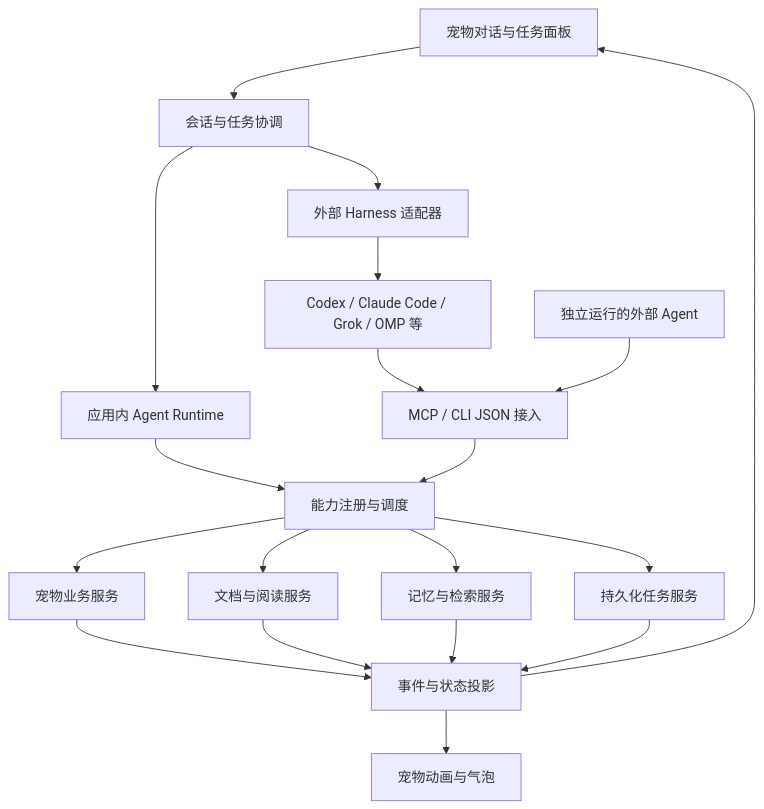
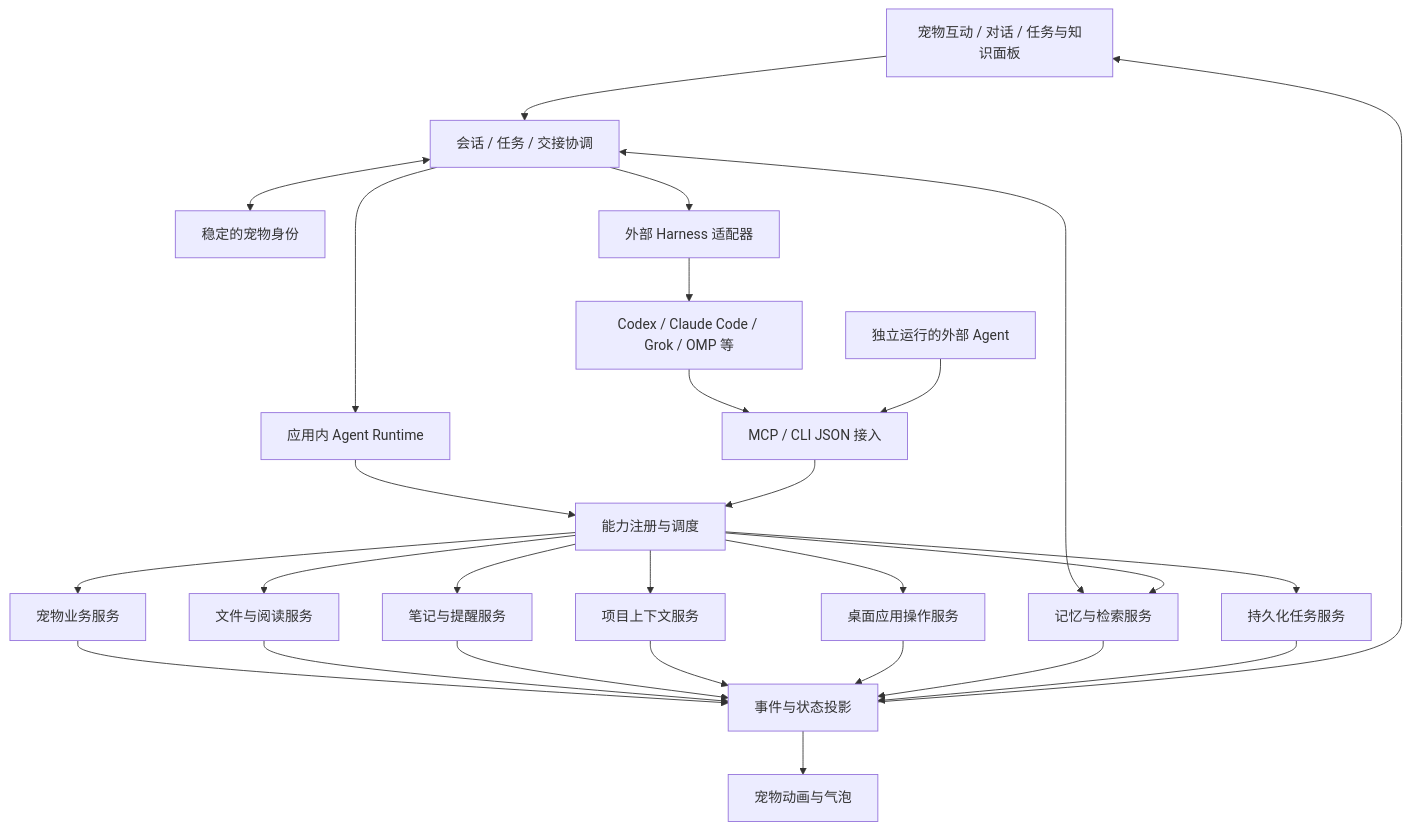
The diagram in docs/agent-refactor-assessment.md (YYHCOPPOLO/petling), drawn with Mermaid before and after one commit. The commit also changed other lines of this file and 4410 other files, not shown here.

Commit message:
chore: prune unused assets and document agent roadmap

````diff
--- a/docs/agent-refactor-assessment.md
+++ b/docs/agent-refactor-assessment.md
@@ -41,21 +51,29 @@
 ```mermaid
 flowchart TB
-    UI[宠物对话与任务面板] --> C[会话与任务协调]
+    UI[宠物互动 / 对话 / 任务与知识面板] --> C[会话 / 任务 / 交接协调]
+    C <--> N[稳定的宠物身份]
+    C <--> K[记忆与检索服务]
     C --> I[应用内 Agent Runtime]
     C --> H[外部 Harness 适配器]
     H --> X[Codex / Claude Code / Grok / OMP 等]
     I --> T[能力注册与调度]
     X --> M[MCP / CLI JSON 接入]
     E[独立运行的外部 Agent] --> M
     M --> T
     T --> P[宠物业务服务]
-    T --> D[文档与阅读服务]
+    T --> D[文件与阅读服务]
+    T --> B[笔记与提醒服务]
+    T --> W[项目上下文服务]
+    T --> O[桌面应用操作服务]
     T --> K[记忆与检索服务]
     T --> J[持久化任务服务]
     P --> V[事件与状态投影]
     D --> V
+    B --> V
+    W --> V
+    O --> V
     K --> V
     J --> V
     V --> UI
     V --> A[宠物动画与气泡]
 ```
````
